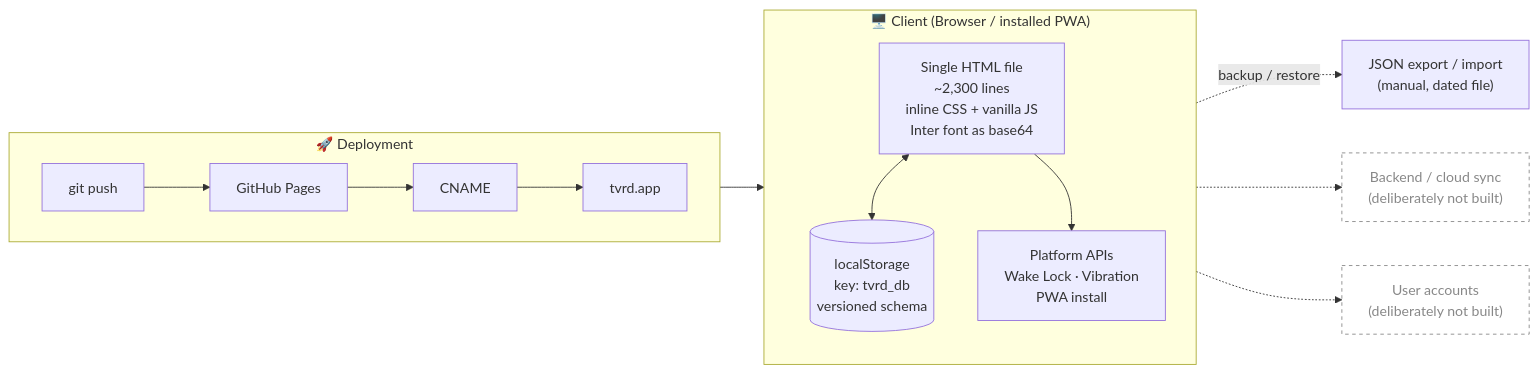
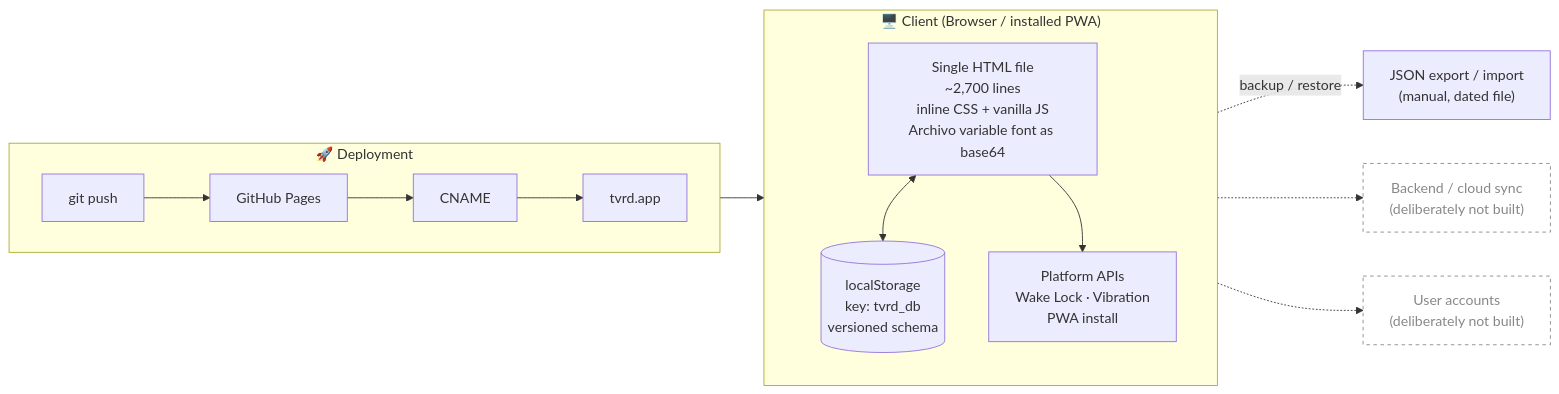
One commit to leonardoperk/tvrd changed the diagram in README.md. Above: the diagram before and after it, drawn with Mermaid. The commit also changed other lines of this file and 4 other files, not shown here.

````diff
--- a/README.md
+++ b/README.md
@@ -122,25 +122,25 @@
 ```mermaid
 flowchart LR
   subgraph Client["🖥️  Client (Browser / installed PWA)"]
     direction TB
-    HTML["Single HTML file<br/>~2,300 lines<br/>inline CSS + vanilla JS<br/>Inter font as base64"]
+    HTML["Single HTML file<br/>~2,700 lines<br/>inline CSS + vanilla JS<br/>Archivo variable font as base64"]
     LS[("localStorage<br/>key: tvrd_db<br/>versioned schema")]
     APIs["Platform APIs<br/>Wake Lock · Vibration<br/>PWA install"]
     HTML <--> LS
     HTML --> APIs
   end
 
   subgraph Deploy["🚀  Deployment"]
     direction LR
     Git["git push"] --> Pages["GitHub Pages"] --> CNAME["CNAME"] --> Domain["tvrd.app"]
   end
 
   Client -.backup / restore.-> JSON["JSON export / import<br/>(manual, dated file)"]
   Deploy --> Client
 
   classDef missing stroke-dasharray:4 4,color:#888,fill:transparent,stroke:#888
   Backend["Backend / cloud sync<br/>(deliberately not built)"]:::missing
   Auth["User accounts<br/>(deliberately not built)"]:::missing
   Client -.-> Backend
   Client -.-> Auth
 ```
````
